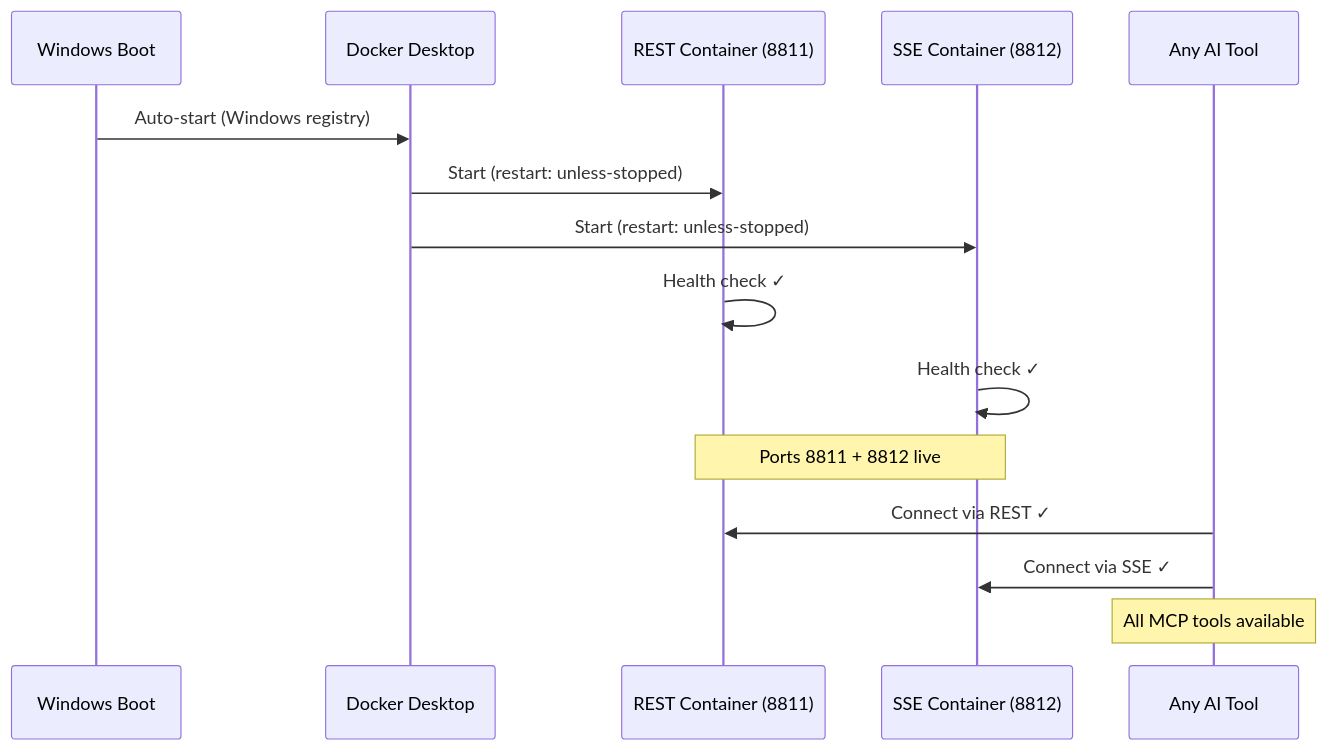
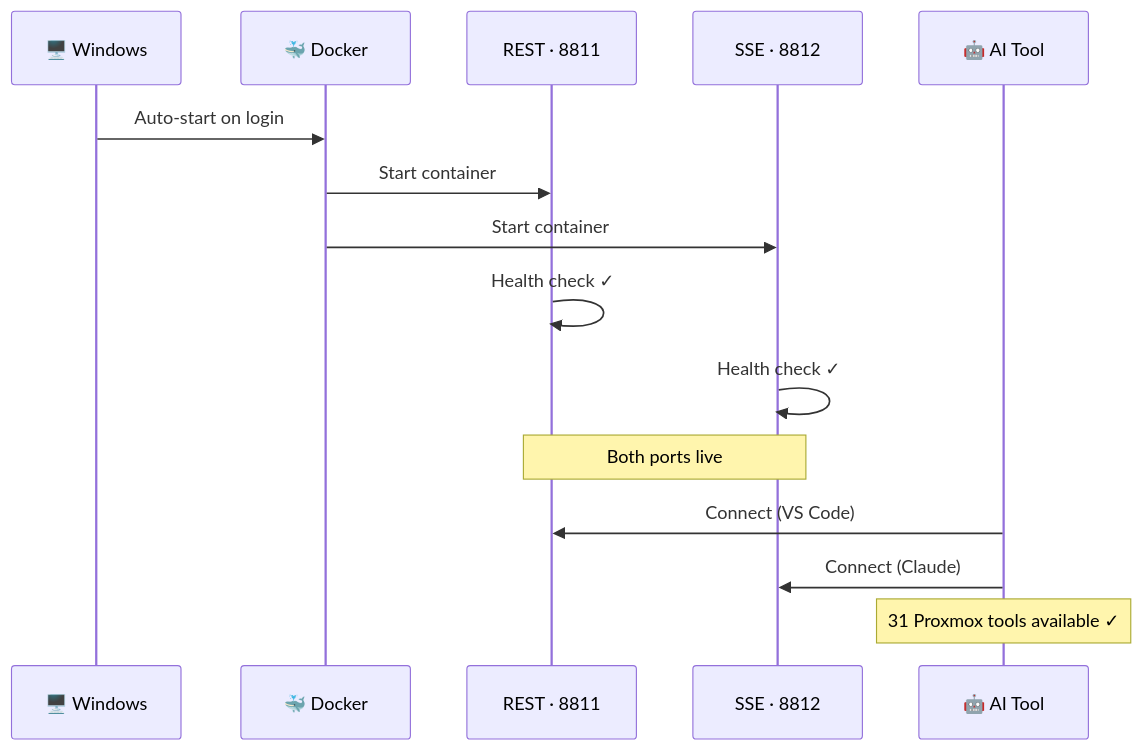
The third of 3 diagrams in docs/homelab/mcp-proxmox-infrastructure.md (jdlocklin-backyard/codeandcamera), drawn with Mermaid before and after one commit. The commit also changed other lines of this file, not shown here.

Commit message:
Fix Mermaid diagram colors to use theme defaults instead of hardcoded dark palette

````diff
--- a/docs/homelab/mcp-proxmox-infrastructure.md
+++ b/docs/homelab/mcp-proxmox-infrastructure.md
@@ -431,18 +424,18 @@
 ```mermaid
 sequenceDiagram
-    participant WB as Windows Boot
-    participant DD as Docker Desktop
-    participant API as REST Container (8811)
-    participant SSE as SSE Container (8812)
-    participant AI as Any AI Tool
+    participant Boot as 🖥️ Windows
+    participant Docker as 🐳 Docker
+    participant REST as REST · 8811
+    participant SSE as SSE · 8812
+    participant AI as 🤖 AI Tool
 
-    WB->>DD: Auto-start (Windows registry)
-    DD->>API: Start (restart: unless-stopped)
-    DD->>SSE: Start (restart: unless-stopped)
-    API->>API: Health check ✓
+    Boot->>Docker: Auto-start on login
+    Docker->>REST: Start container
+    Docker->>SSE: Start container
+    REST->>REST: Health check ✓
     SSE->>SSE: Health check ✓
-    Note over API,SSE: Ports 8811 + 8812 live
-    AI->>API: Connect via REST ✓
-    AI->>SSE: Connect via SSE ✓
-    Note over AI: All MCP tools available
+    Note over REST,SSE: Both ports live
+    AI->>REST: Connect (VS Code)
+    AI->>SSE: Connect (Claude)
+    Note over AI: 31 Proxmox tools available ✓
 ```
````
